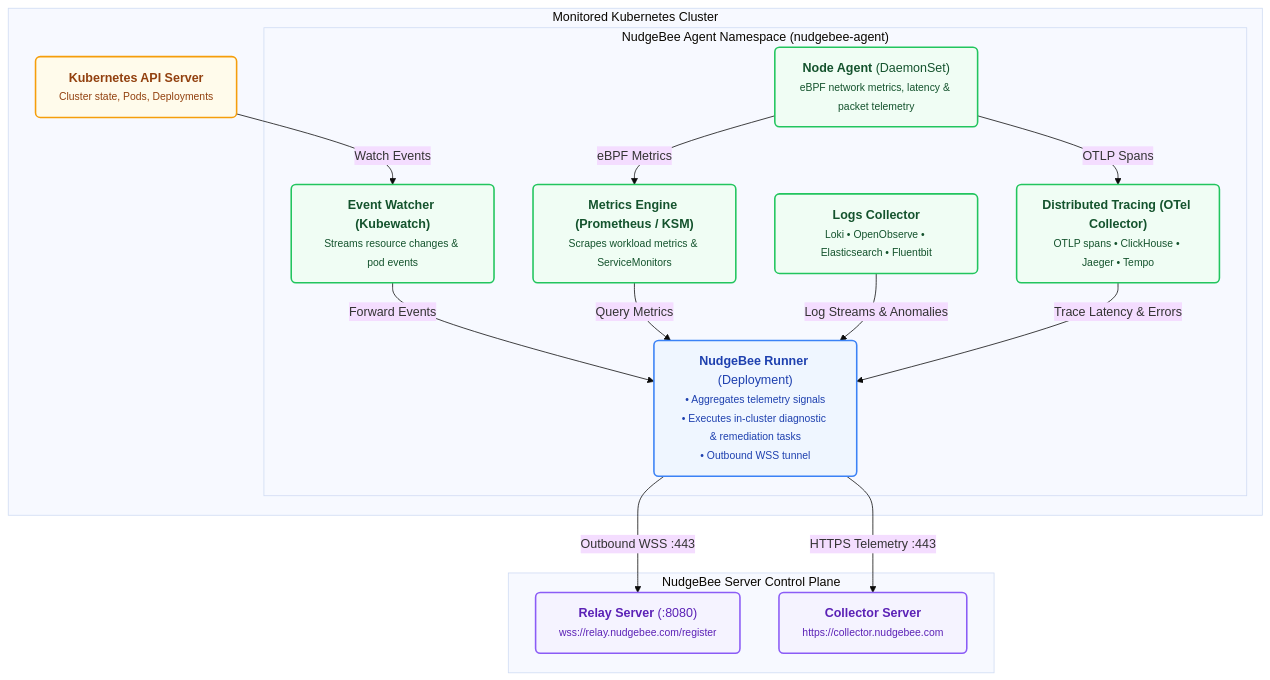
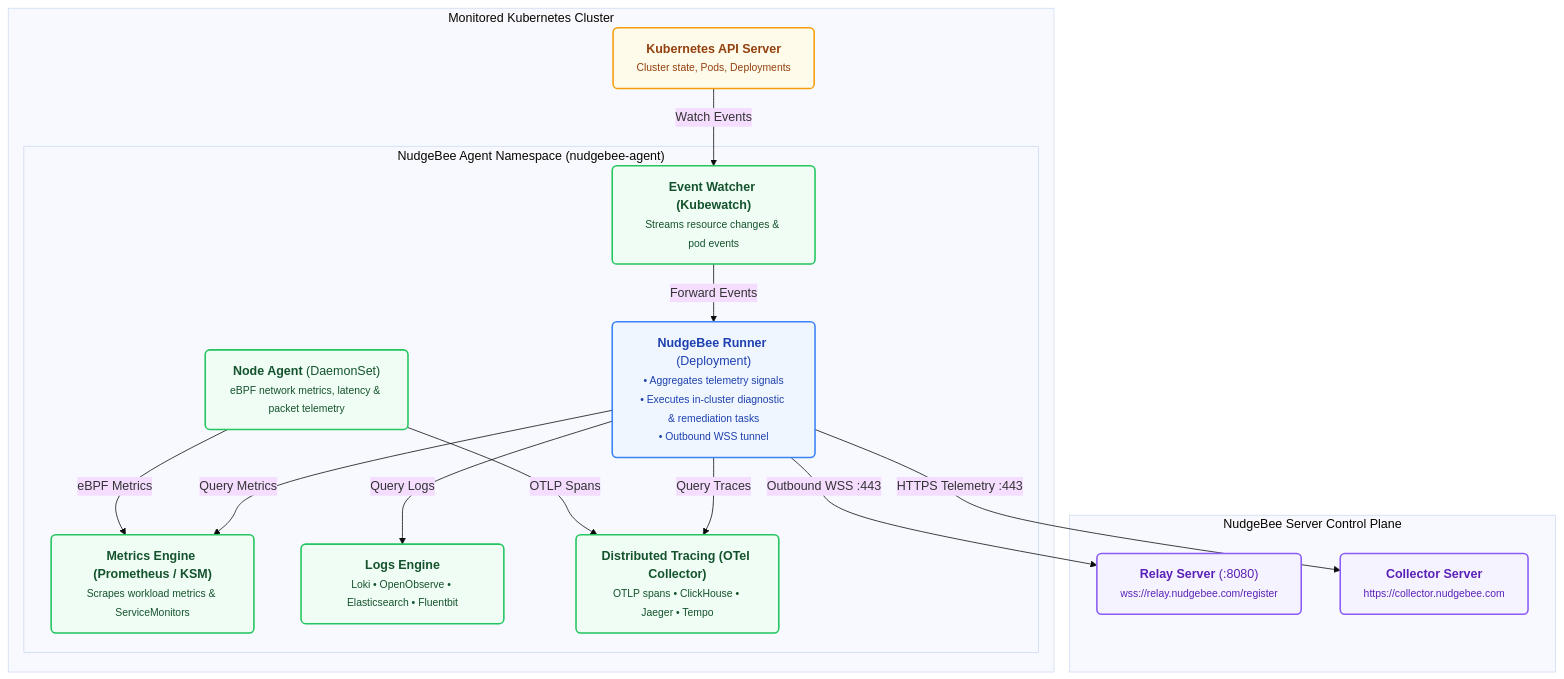
The diagram in doc-server/docs/installation/agent/index.md (nudgebee/nudgebee-docs), drawn with Mermaid (base theme) before and after one commit.

Commit message:
docs: reverse query arrows from Runner to Metrics, Logs, and Tracing engines

````diff
--- a/doc-server/docs/installation/agent/index.md
+++ b/doc-server/docs/installation/agent/index.md
@@ -34,36 +34,37 @@
 ```mermaid
 flowchart TB
     classDef runner fill:#eff6ff,stroke:#3b82f6,stroke-width:2px,color:#1e40af,rx:6,ry:6;
     classDef collector fill:#f0fdf4,stroke:#22c55e,stroke-width:2px,color:#14532d,rx:6,ry:6;
     classDef k8s fill:#fffbeb,stroke:#f59e0b,stroke-width:2px,color:#92400e,rx:6,ry:6;
     classDef server fill:#f5f3ff,stroke:#8b5cf6,stroke-width:2px,color:#5b21b6,rx:6,ry:6;
 
     subgraph MONITORED["Monitored Kubernetes Cluster"]
         API_SERVER["<b>Kubernetes API Server</b><br/><small>Cluster state, Pods, Deployments</small>"]:::k8s
 
         subgraph AGENT["NudgeBee Agent Namespace (nudgebee-agent)"]
             RUNNER["<b>NudgeBee Runner</b> (Deployment)<br/><small>• Aggregates telemetry signals<br/>• Executes in-cluster diagnostic & remediation tasks<br/>• Outbound WSS tunnel</small>"]:::runner
             KUBEWATCH["<b>Event Watcher (Kubewatch)</b><br/><small>Streams resource changes & pod events</small>"]:::collector
             NODE_AGENT["<b>Node Agent</b> (DaemonSet)<br/><small>eBPF network metrics, latency & packet telemetry</small>"]:::collector
             PROM["<b>Metrics Engine (Prometheus / KSM)</b><br/><small>Scrapes workload metrics & ServiceMonitors</small>"]:::collector
-            LOGS["<b>Logs Collector</b><br/><small>Loki • OpenObserve • Elasticsearch • Fluentbit</small>"]:::collector
+            LOGS["<b>Logs Engine</b><br/><small>Loki • OpenObserve • Elasticsearch • Fluentbit</small>"]:::collector
             TRACES["<b>Distributed Tracing (OTel Collector)</b><br/><small>OTLP spans • ClickHouse • Jaeger • Tempo</small>"]:::collector
         end
     end
 
     subgraph BACKEND["NudgeBee Server Control Plane"]
         RELAY["<b>Relay Server</b> (:8080)<br/><small>wss://relay.nudgebee.com/register</small>"]:::server
         COLLECTOR["<b>Collector Server</b><br/><small>https://collector.nudgebee.com</small>"]:::server
     end
 
     API_SERVER -->|Watch Events| KUBEWATCH
     KUBEWATCH -->|Forward Events| RUNNER
     NODE_AGENT -->|eBPF Metrics| PROM
-    PROM -->|Query Metrics| RUNNER
-    LOGS -->|Log Streams & Anomalies| RUNNER
     NODE_AGENT -->|OTLP Spans| TRACES
-    TRACES -->|Trace Latency & Errors| RUNNER
+
+    RUNNER -->|Query Metrics| PROM
+    RUNNER -->|Query Logs| LOGS
+    RUNNER -->|Query Traces| TRACES
 
     RUNNER -->|Outbound WSS :443| RELAY
     RUNNER -->|HTTPS Telemetry :443| COLLECTOR
 ```
````
